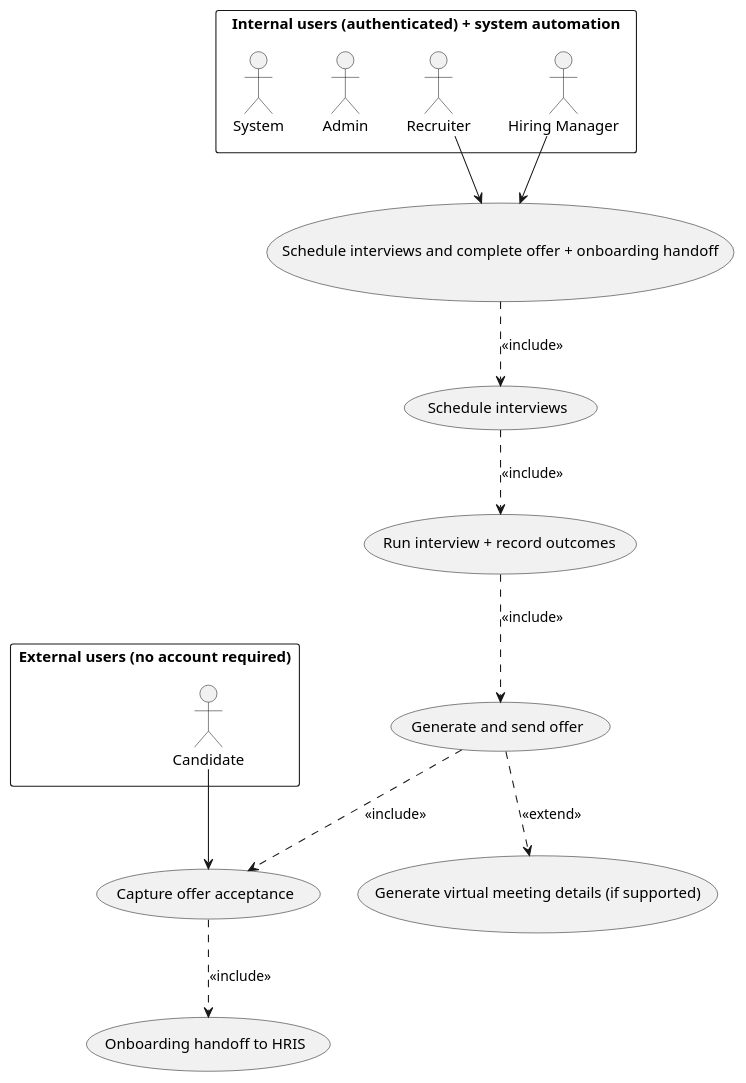
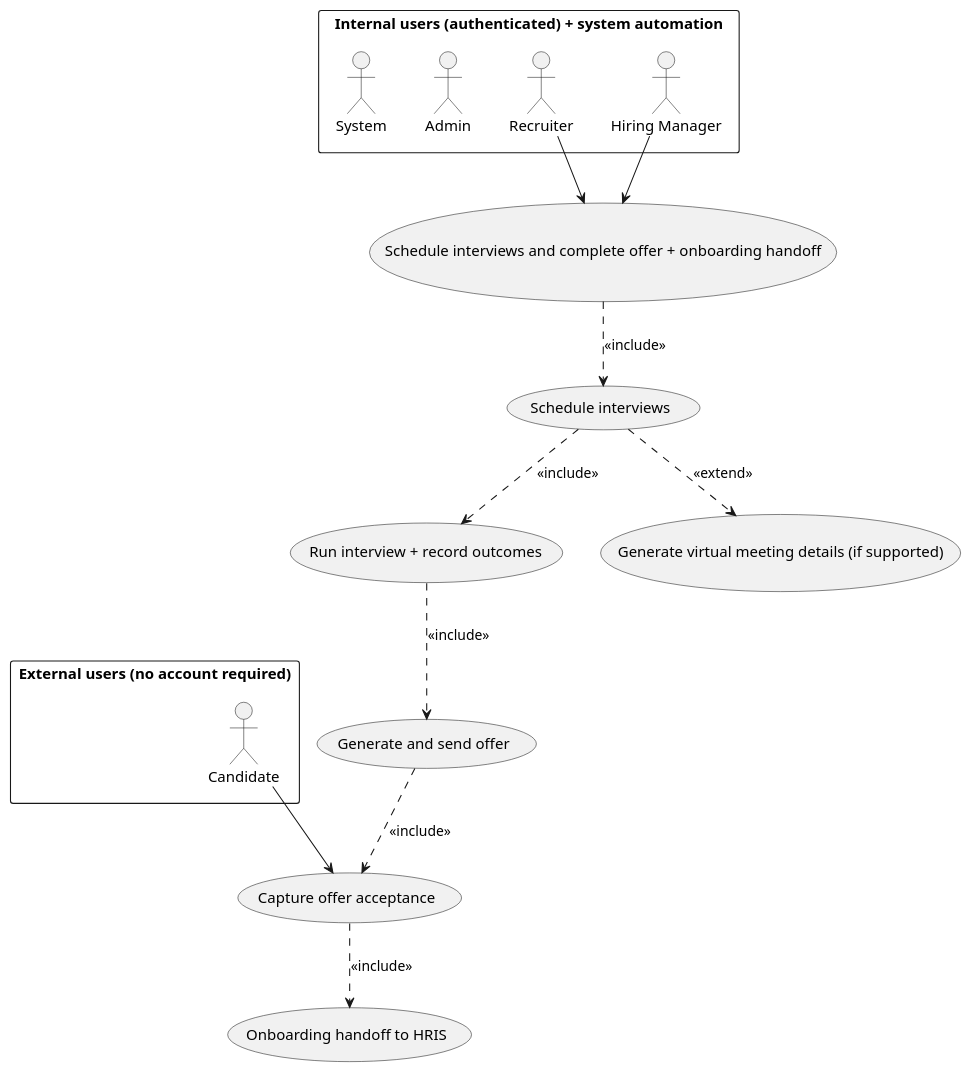
One commit to JuanSebastianGB/AI4Devs-design-2-202602-Seniors changed the third of 3 diagrams in docs/use-cases.md. Above: the diagram before and after it, drawn with PlantUML.

````diff
--- a/docs/use-cases.md
+++ b/docs/use-cases.md
@@ -203,37 +203,37 @@
 ```plantuml
 @startuml
 rectangle "External users (no account required)" {
   actor "Candidate" as Candidate
 }
 
 rectangle "Internal users (authenticated) + system automation" {
   actor "Recruiter" as Recruiter
   actor "Hiring Manager" as HiringManager
   actor "Admin" as Admin
   actor "System" as System
 }
 
 usecase "Schedule interviews and complete offer + onboarding handoff" as UC3_Main
 usecase "Schedule interviews" as UC3_Schedule
 usecase "Run interview + record outcomes" as UC3_Outcomes
 usecase "Generate and send offer" as UC3_Offer
 usecase "Capture offer acceptance" as UC3_Accept
 usecase "Onboarding handoff to HRIS" as UC3_Handoff
 usecase "Generate virtual meeting details (if supported)" as UC3_VirtualMeeting
 
 Recruiter --> UC3_Main
 HiringManager --> UC3_Main
 
 UC3_Main ..> UC3_Schedule : <<include>>
 
 UC3_Schedule ..> UC3_Outcomes : <<include>>
 UC3_Outcomes ..> UC3_Offer : <<include>>
 
 UC3_Offer ..> UC3_Accept : <<include>>
 Candidate --> UC3_Accept
 
 UC3_Accept ..> UC3_Handoff : <<include>>
-UC3_Offer ..> UC3_VirtualMeeting : <<extend>>
+UC3_Schedule ..> UC3_VirtualMeeting : <<extend>>
 
 @enduml
 ```
````
